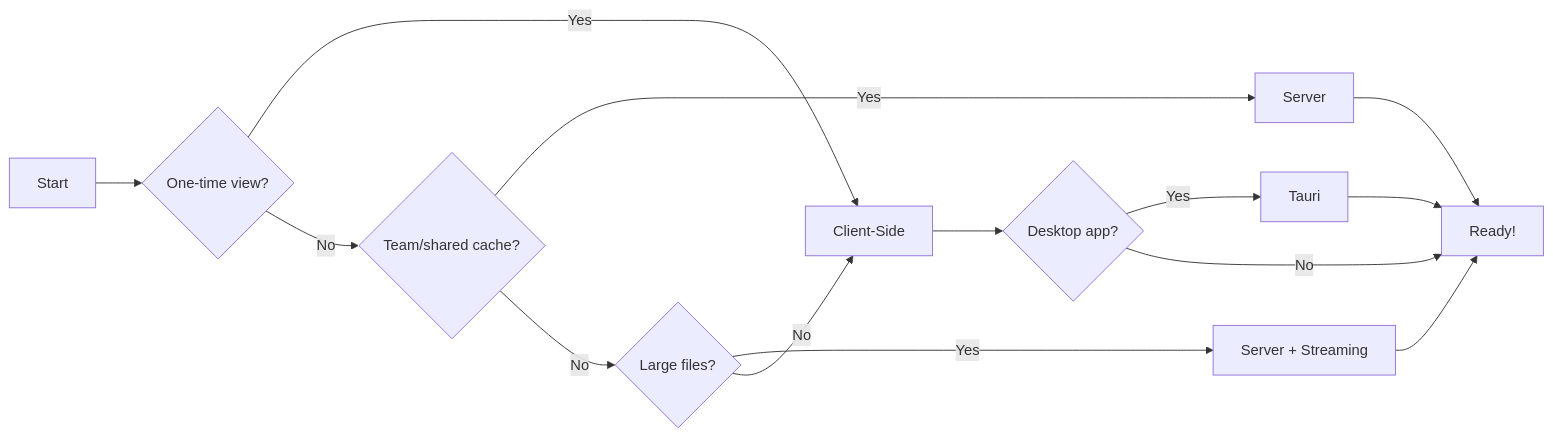
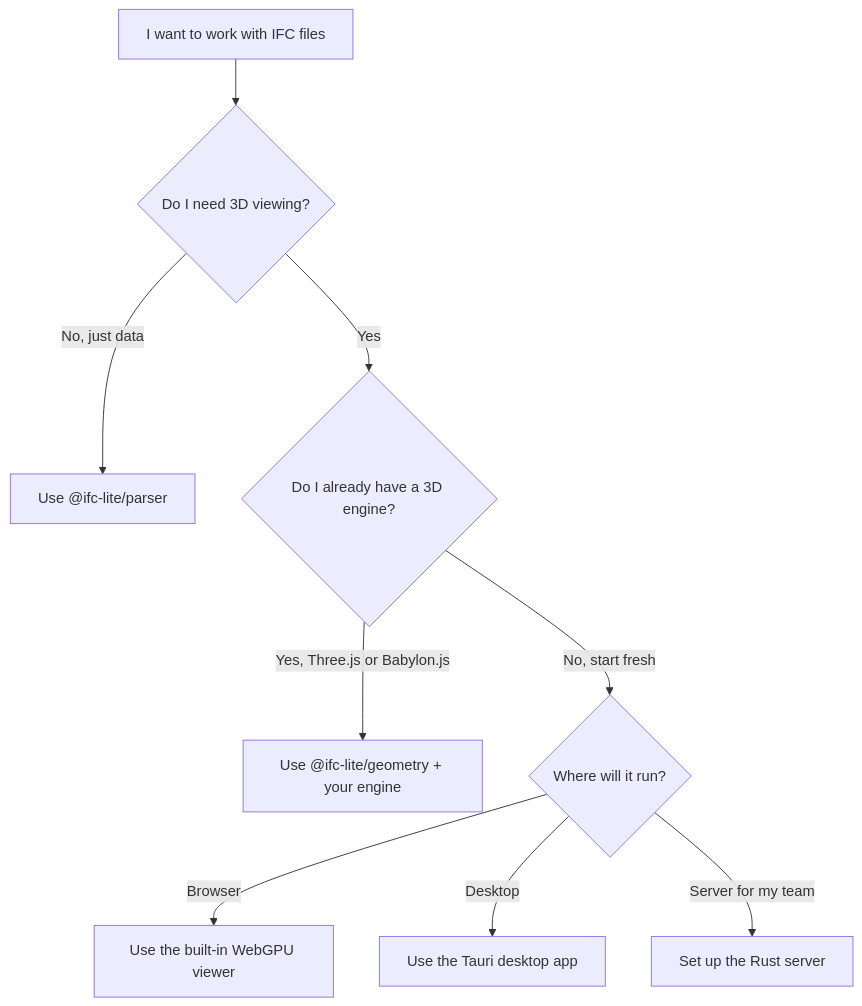
One commit to louistrue/ifc-lite changed the diagram in docs/index.md. Above: the diagram before and after it, drawn with Mermaid. The commit also changed other lines of this file and 4 other files, not shown here.

````diff
--- a/docs/index.md
+++ b/docs/index.md
@@ -76,16 +60,11 @@
 ```mermaid
-flowchart LR
-    Start[Start] --> Q1{One-time view?}
-    Q1 -->|Yes| Client[Client-Side]
-    Q1 -->|No| Q2{Team/shared cache?}
-    Q2 -->|Yes| Server[Server]
-    Q2 -->|No| Q3{Large files?}
-    Q3 -->|Yes| Stream[Server + Streaming]
-    Q3 -->|No| Client
-    Client --> Q4{Desktop app?}
-    Q4 -->|Yes| Tauri[Tauri]
-    Q4 -->|No| Done[Ready!]
-    Server --> Done
-    Stream --> Done
-    Tauri --> Done
+flowchart TD
+    Start[I want to work with IFC files] --> Q1{Do I need 3D viewing?}
+    Q1 -->|No, just data| Parser["Use @ifc-lite/parser"]
+    Q1 -->|Yes| Q2{Do I already have a 3D engine?}
+    Q2 -->|Yes, Three.js or Babylon.js| Integration[Use @ifc-lite/geometry + your engine]
+    Q2 -->|No, start fresh| Q3{Where will it run?}
+    Q3 -->|Browser| WebGPU["Use the built-in WebGPU viewer"]
+    Q3 -->|Desktop| Tauri["Use the Tauri desktop app"]
+    Q3 -->|Server for my team| Server["Set up the Rust server"]
 ```
````
